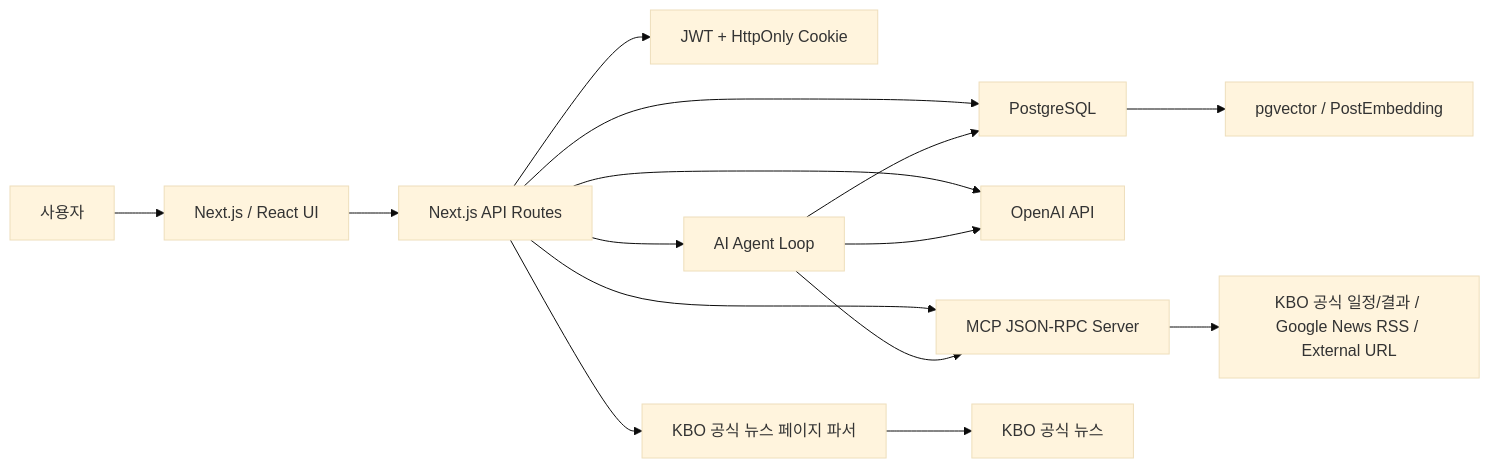
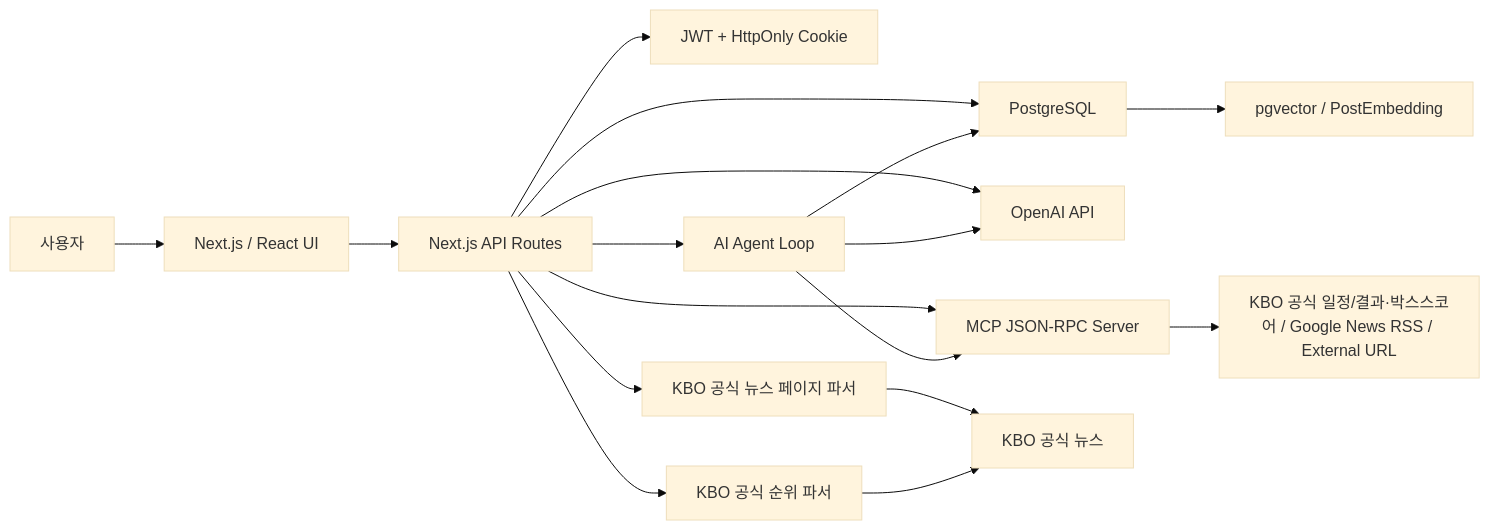
The diagram in README.md (seok3m4/AI_w15-16), drawn with Mermaid (base theme) before and after one commit. The commit also changed other lines of this file and 1 other file, not shown here.

````diff
--- a/README.md
+++ b/README.md
@@ -117,17 +125,19 @@
 ```mermaid
 flowchart LR
     User["사용자"] --> Web["Next.js / React UI"]
     Web --> API["Next.js API Routes"]
     API --> Auth["JWT + HttpOnly Cookie"]
     API --> DB["PostgreSQL"]
     DB --> Vector["pgvector / PostEmbedding"]
     API --> OpenAI["OpenAI API"]
     API --> MCP["MCP JSON-RPC Server"]
     API --> KboNews["KBO 공식 뉴스 페이지 파서"]
-    MCP --> External["KBO 공식 일정/결과 / Google News RSS / External URL"]
+    API --> KboStandings["KBO 공식 순위 파서"]
+    MCP --> External["KBO 공식 일정/결과·박스스코어 / Google News RSS / External URL"]
     KboNews --> KboOfficial["KBO 공식 뉴스"]
+    KboStandings --> KboOfficial
     API --> Agent["AI Agent Loop"]
     Agent --> OpenAI
     Agent --> DB
     Agent --> MCP
 ```
````
